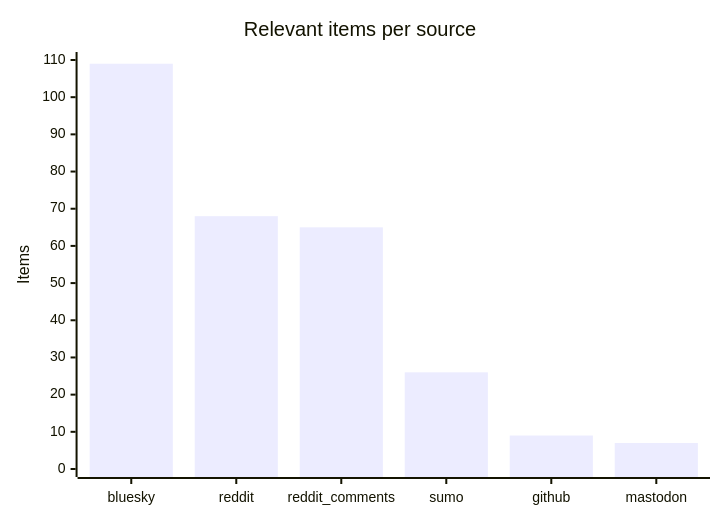
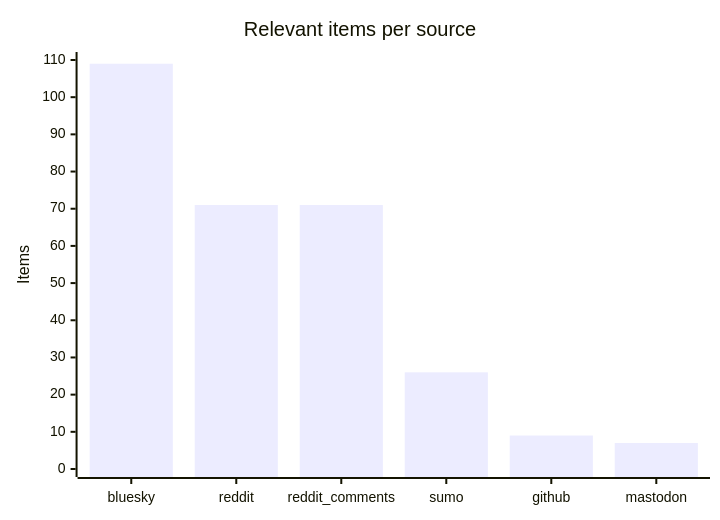
The third of 4 diagrams in README.md (martinbalfanz/social-scanner-reports), drawn with Mermaid before and after one commit. The commit also changed other lines of this file and 2 other files, not shown here.

````diff
--- a/README.md
+++ b/README.md
@@ -48,7 +48,7 @@
 ```mermaid
 xychart-beta
     title "Relevant items per source"
     x-axis ["bluesky", "reddit", "reddit_comments", "sumo", "github", "mastodon"]
     y-axis "Items" 0 --> 110
-    bar [109, 68, 65, 26, 9, 7]
+    bar [109, 71, 71, 26, 9, 7]
 ```
````
